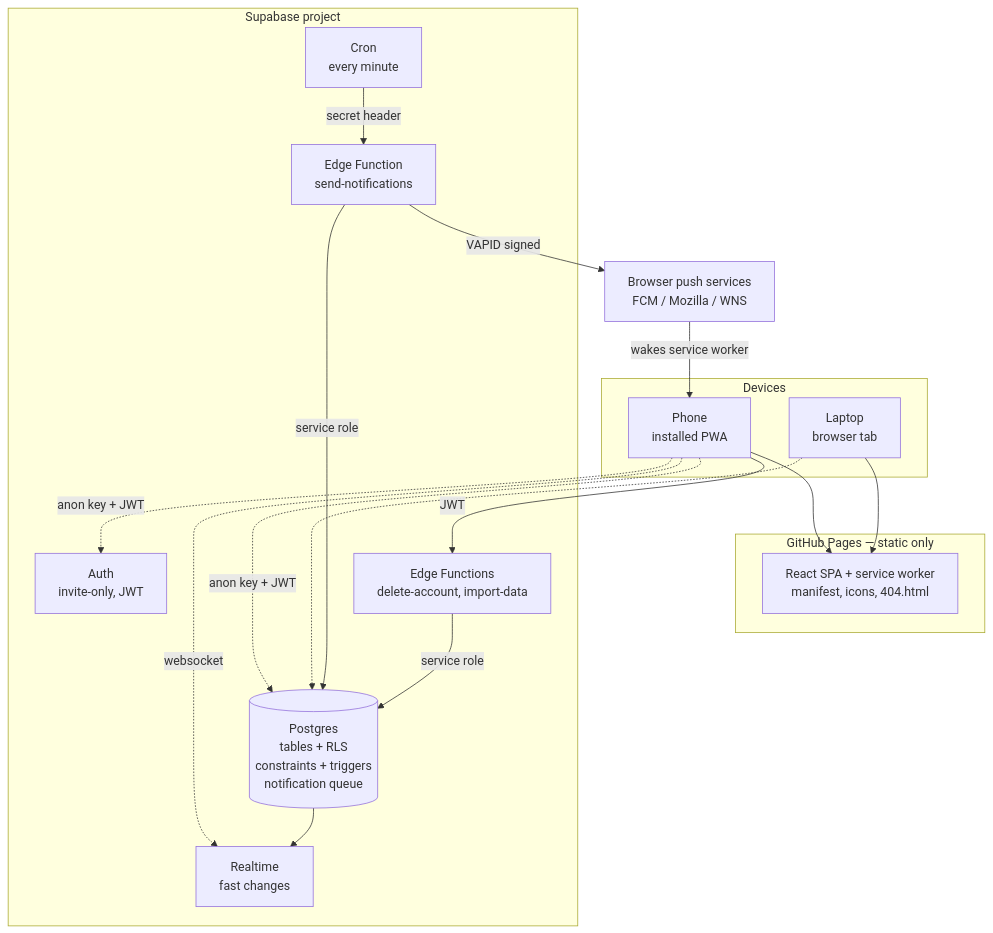
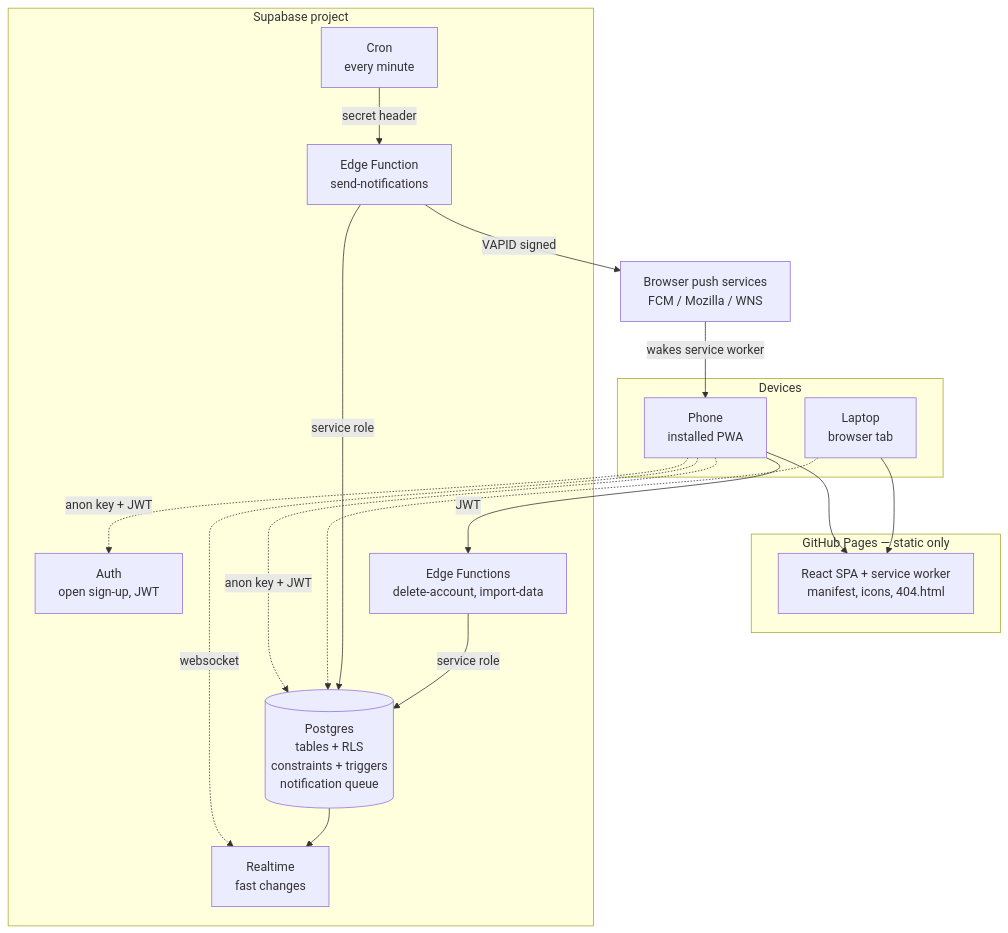
One commit to Essie002/fastr changed the diagram in .kiro/specs/fasting-tracker/design.md. Above: the diagram before and after it, drawn with Mermaid. The commit also changed other lines of this file and 11 other files, not shown here.

````diff
--- a/.kiro/specs/fasting-tracker/design.md
+++ b/.kiro/specs/fasting-tracker/design.md
@@ -44,37 +44,37 @@
 ```mermaid
 graph TB
     subgraph clients["Devices"]
         phone["Phone<br/>installed PWA"]
         laptop["Laptop<br/>browser tab"]
     end
 
     subgraph static["GitHub Pages — static only"]
         spa["React SPA + service worker<br/>manifest, icons, 404.html"]
     end
 
     subgraph supabase["Supabase project"]
-        auth["Auth<br/>invite-only, JWT"]
+        auth["Auth<br/>open sign-up, JWT"]
         pg[("Postgres<br/>tables + RLS<br/>constraints + triggers<br/>notification queue")]
         rt["Realtime<br/>fast changes"]
         cron["Cron<br/>every minute"]
         efsend["Edge Function<br/>send-notifications"]
         efadmin["Edge Functions<br/>delete-account, import-data"]
     end
 
     push["Browser push services<br/>FCM / Mozilla / WNS"]
 
     phone --> spa
     laptop --> spa
     phone -.->|"anon key + JWT"| auth
     phone -.->|"anon key + JWT"| pg
     phone -.->|websocket| rt
     laptop -.-> pg
 
     pg --> rt
     cron -->|"secret header"| efsend
     efsend -->|"service role"| pg
     efsend -->|"VAPID signed"| push
     push -->|"wakes service worker"| phone
     phone -->|"JWT"| efadmin
     efadmin -->|"service role"| pg
 ```
````
